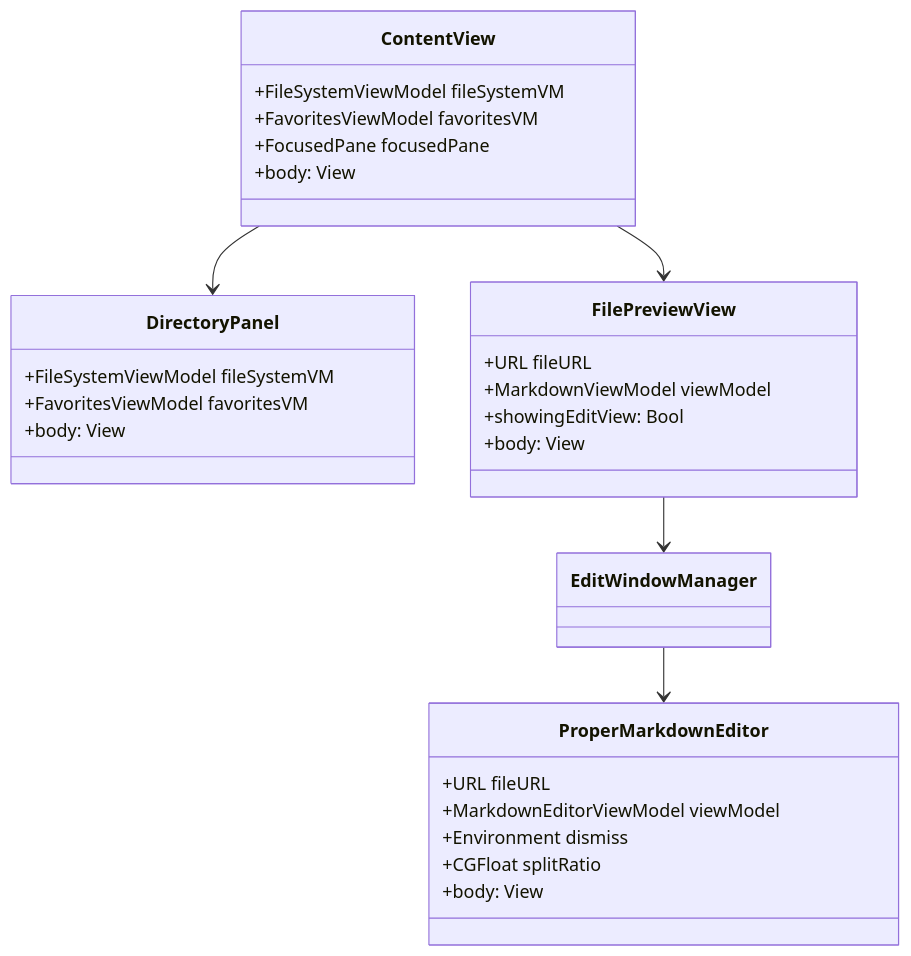
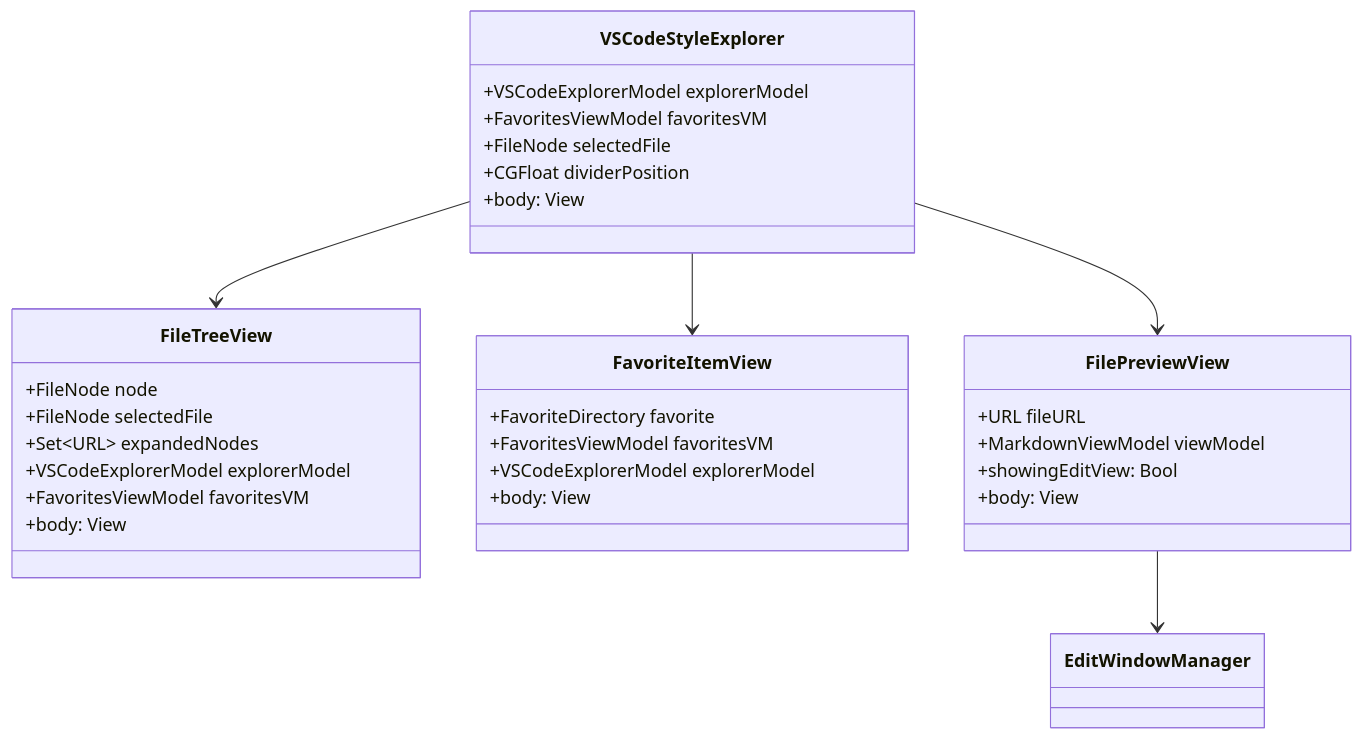
Before and after one commit to Consortium-team/mac-markdown-browser: the second of 11 diagrams in docs/development/current-architecture.md, drawn with Mermaid. The commit also changed other lines of this file and 3 other files, not shown here.

````diff
--- a/docs/development/current-architecture.md
+++ b/docs/development/current-architecture.md
@@ -68,35 +72,38 @@
 ```mermaid
 classDiagram
-    class ContentView {
-        +FileSystemViewModel fileSystemVM
+    class VSCodeStyleExplorer {
+        +VSCodeExplorerModel explorerModel
         +FavoritesViewModel favoritesVM
-        +FocusedPane focusedPane
+        +FileNode selectedFile
+        +CGFloat dividerPosition
         +body: View
     }
     
-    class DirectoryPanel {
-        +FileSystemViewModel fileSystemVM
+    class FileTreeView {
+        +FileNode node
+        +FileNode selectedFile
+        +Set~URL~ expandedNodes
+        +VSCodeExplorerModel explorerModel
         +FavoritesViewModel favoritesVM
+        +body: View
+    }
+    
+    class FavoriteItemView {
+        +FavoriteDirectory favorite
+        +FavoritesViewModel favoritesVM
+        +VSCodeExplorerModel explorerModel
         +body: View
     }
     
     class FilePreviewView {
         +URL fileURL
         +MarkdownViewModel viewModel
         +showingEditView: Bool
         +body: View
     }
     
-    class ProperMarkdownEditor {
-        +URL fileURL
-        +MarkdownEditorViewModel viewModel
-        +Environment dismiss
-        +CGFloat splitRatio
-        +body: View
-    }
-    
-    ContentView --> DirectoryPanel
-    ContentView --> FilePreviewView
+    VSCodeStyleExplorer --> FileTreeView
+    VSCodeStyleExplorer --> FavoriteItemView
+    VSCodeStyleExplorer --> FilePreviewView
     FilePreviewView --> EditWindowManager
-    EditWindowManager --> ProperMarkdownEditor
 ```
````
